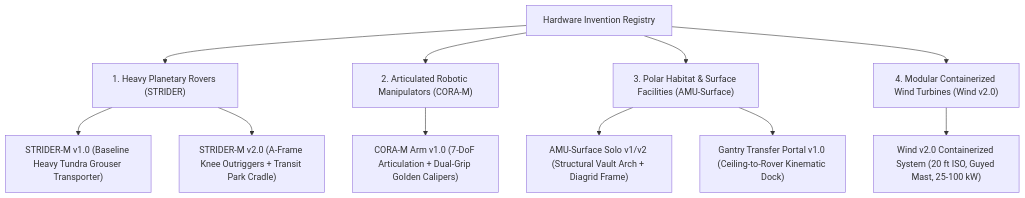
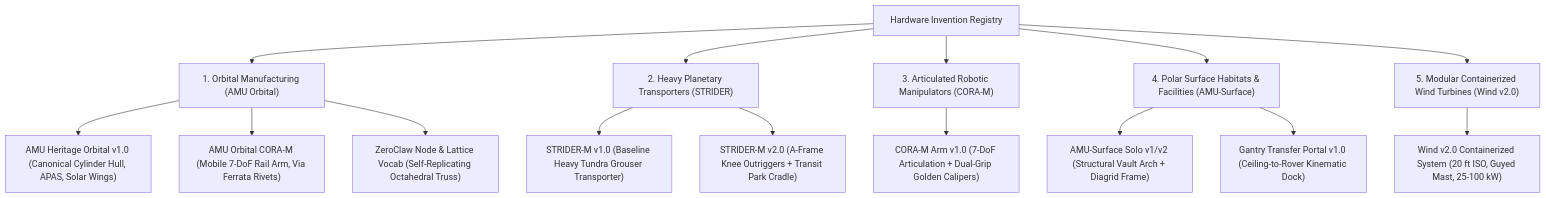
Before and after one commit to stellardreams/asi.surge.sh: the diagram in cad_and_blender/REGISTRY.md, drawn with Mermaid. The commit also changed other lines of this file, not shown here.

Commit message:
docs(hardware): incorporate orbital AMU spacecraft and ZeroClaw lattice node into REGISTRY.md #101

````diff
--- a/cad_and_blender/REGISTRY.md
+++ b/cad_and_blender/REGISTRY.md
@@ -13,17 +13,22 @@
 ```mermaid
 graph TD
-    A["Hardware Invention Registry"] --> B["1. Heavy Planetary Rovers (STRIDER)"]
-    A --> C["2. Articulated Robotic Manipulators (CORA-M)"]
-    A --> D["3. Polar Habitat & Surface Facilities (AMU-Surface)"]
-    A --> E["4. Modular Containerized Wind Turbines (Wind v2.0)"]
+    A["Hardware Invention Registry"] --> B["1. Orbital Manufacturing (AMU Orbital)"]
+    A --> C["2. Heavy Planetary Transporters (STRIDER)"]
+    A --> D["3. Articulated Robotic Manipulators (CORA-M)"]
+    A --> E["4. Polar Surface Habitats & Facilities (AMU-Surface)"]
+    A --> F["5. Modular Containerized Wind Turbines (Wind v2.0)"]
     
-    B --> B1["STRIDER-M v1.0 (Baseline Heavy Tundra Grouser Transporter)"]
-    B --> B2["STRIDER-M v2.0 (A-Frame Knee Outriggers + Transit Park Cradle)"]
+    B --> B1["AMU Heritage Orbital v1.0 (Canonical Cylinder Hull, APAS, Solar Wings)"]
+    B --> B2["AMU Orbital CORA-M (Mobile 7-DoF Rail Arm, Via Ferrata Rivets)"]
+    B --> B3["ZeroClaw Node & Lattice Vocab (Self-Replicating Octahedral Truss)"]
     
-    C --> C1["CORA-M Arm v1.0 (7-DoF Articulation + Dual-Grip Golden Calipers)"]
+    C --> C1["STRIDER-M v1.0 (Baseline Heavy Tundra Grouser Transporter)"]
+    C --> C2["STRIDER-M v2.0 (A-Frame Knee Outriggers + Transit Park Cradle)"]
     
-    D --> D1["AMU-Surface Solo v1/v2 (Structural Vault Arch + Diagrid Frame)"]
-    D --> D2["Gantry Transfer Portal v1.0 (Ceiling-to-Rover Kinematic Dock)"]
+    D --> D1["CORA-M Arm v1.0 (7-DoF Articulation + Dual-Grip Golden Calipers)"]
     
-    E --> E1["Wind v2.0 Containerized System (20 ft ISO, Guyed Mast, 25-100 kW)"]
+    E --> E1["AMU-Surface Solo v1/v2 (Structural Vault Arch + Diagrid Frame)"]
+    E --> E2["Gantry Transfer Portal v1.0 (Ceiling-to-Rover Kinematic Dock)"]
+    
+    F --> F1["Wind v2.0 Containerized System (20 ft ISO, Guyed Mast, 25-100 kW)"]
 ```
````
